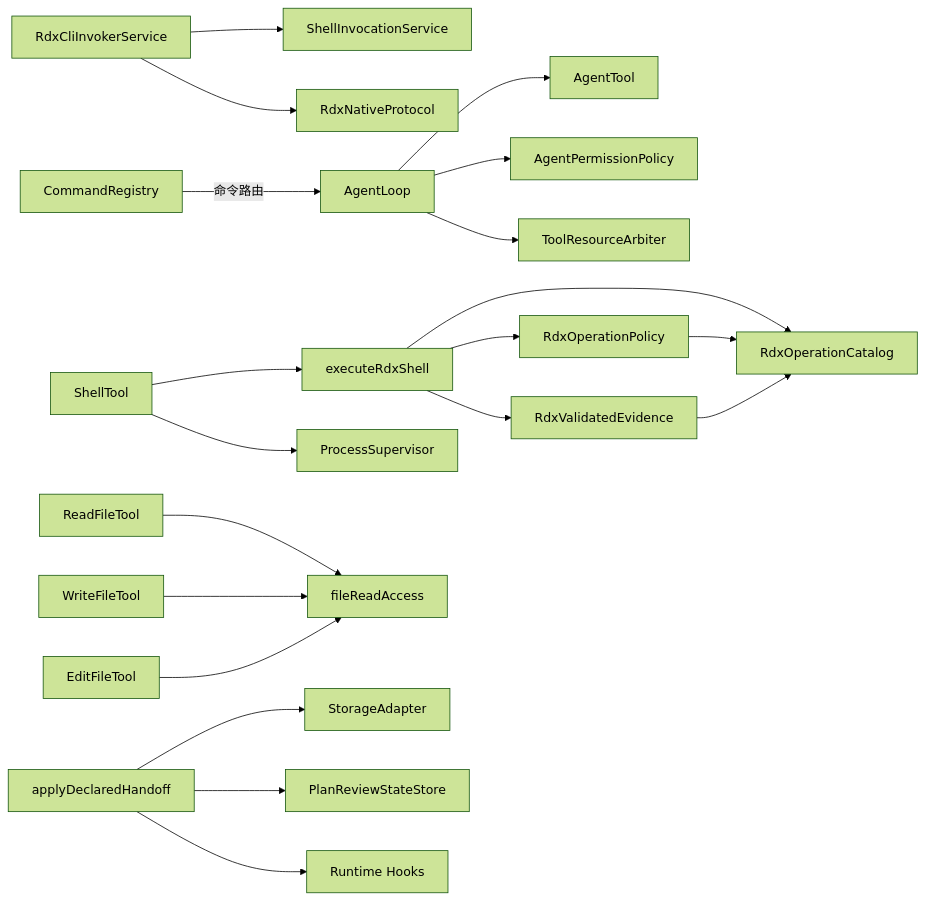
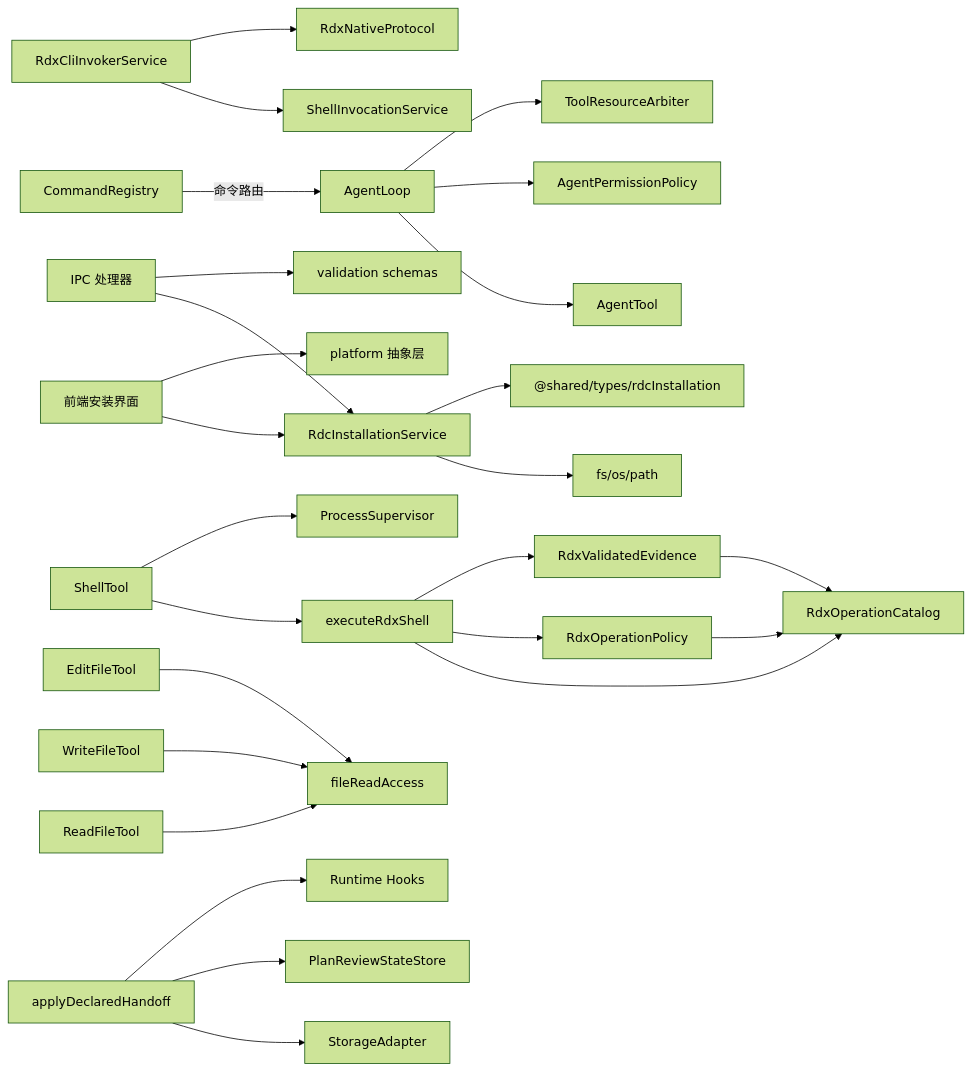
One commit to haolange/RDC-Agent changed diagram 15 of 15 in .qoder/repowiki/zh/content/核心模块/工具系统/工具系统.md. Above: the diagram before and after it, drawn with Mermaid (forest theme). The commit also changed other lines of this file and 80 other files, not shown here.

````diff
--- a/.qoder/repowiki/zh/content/核心模块/工具系统/工具系统.md
+++ b/.qoder/repowiki/zh/content/核心模块/工具系统/工具系统.md
@@ -721,22 +708,28 @@
 ```mermaid
 graph LR
 RL["RdxCliInvokerService"] --> SI["ShellInvocationService"]
 RL --> RP["RdxNativeProtocol"]
 AL["AgentLoop"] --> AT["AgentTool"]
 AL --> AP["AgentPermissionPolicy"]
 AL --> TR["ToolResourceArbiter"]
 ST["ShellTool"] --> ER["executeRdxShell"]
 ST --> PS["ProcessSupervisor"]
 CR["CommandRegistry"] --> |"命令路由"| AL
+IR["RdcInstallationService"] --> FS["fs/os/path"]
+IR --> TYPES["@shared/types/rdcInstallation"]
+FR["前端安装界面"] --> IR
+FR --> PLATFORM["platform 抽象层"]
+IPCH["IPC 处理器"] --> IR
+IPCH --> VALIDATION["validation schemas"]
 RF["ReadFileTool"] --> FRA["fileReadAccess"]
 WF["WriteFileTool"] --> FRA
 EF["EditFileTool"] --> FRA
 ADH["applyDeclaredHandoff"] --> SA["StorageAdapter"]
 ADH --> PRSS["PlanReviewStateStore"]
 ADH --> RH["Runtime Hooks"]
 ER --> RC["RdxOperationCatalog"]
 ER --> OP["RdxOperationPolicy"]
 ER --> EV["RdxValidatedEvidence"]
 OP --> RC
 EV --> RC
 ```
````
